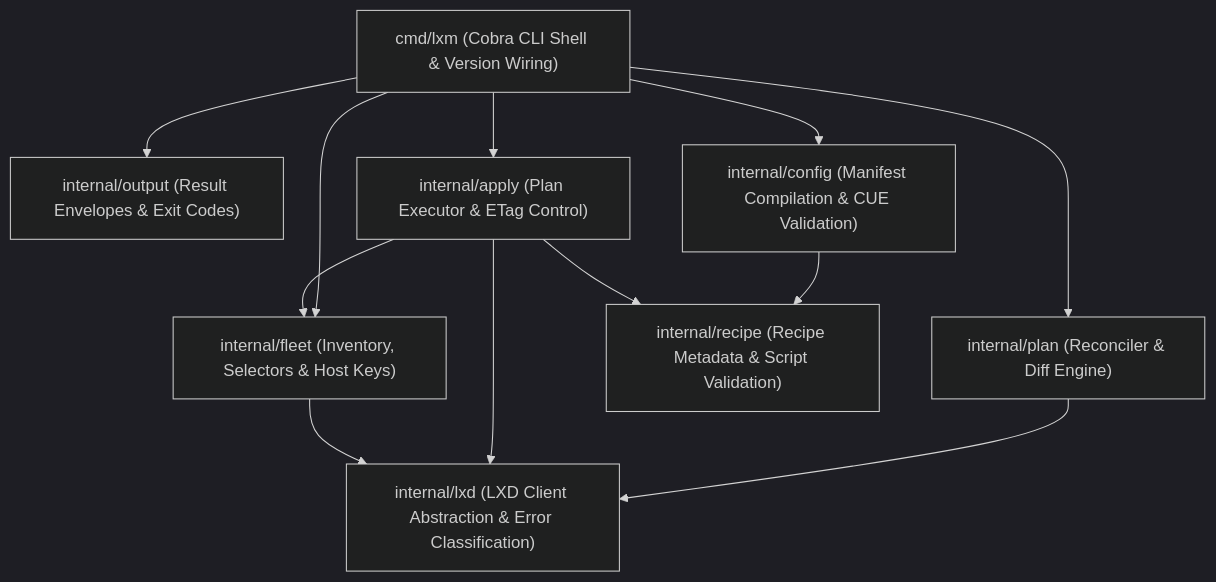
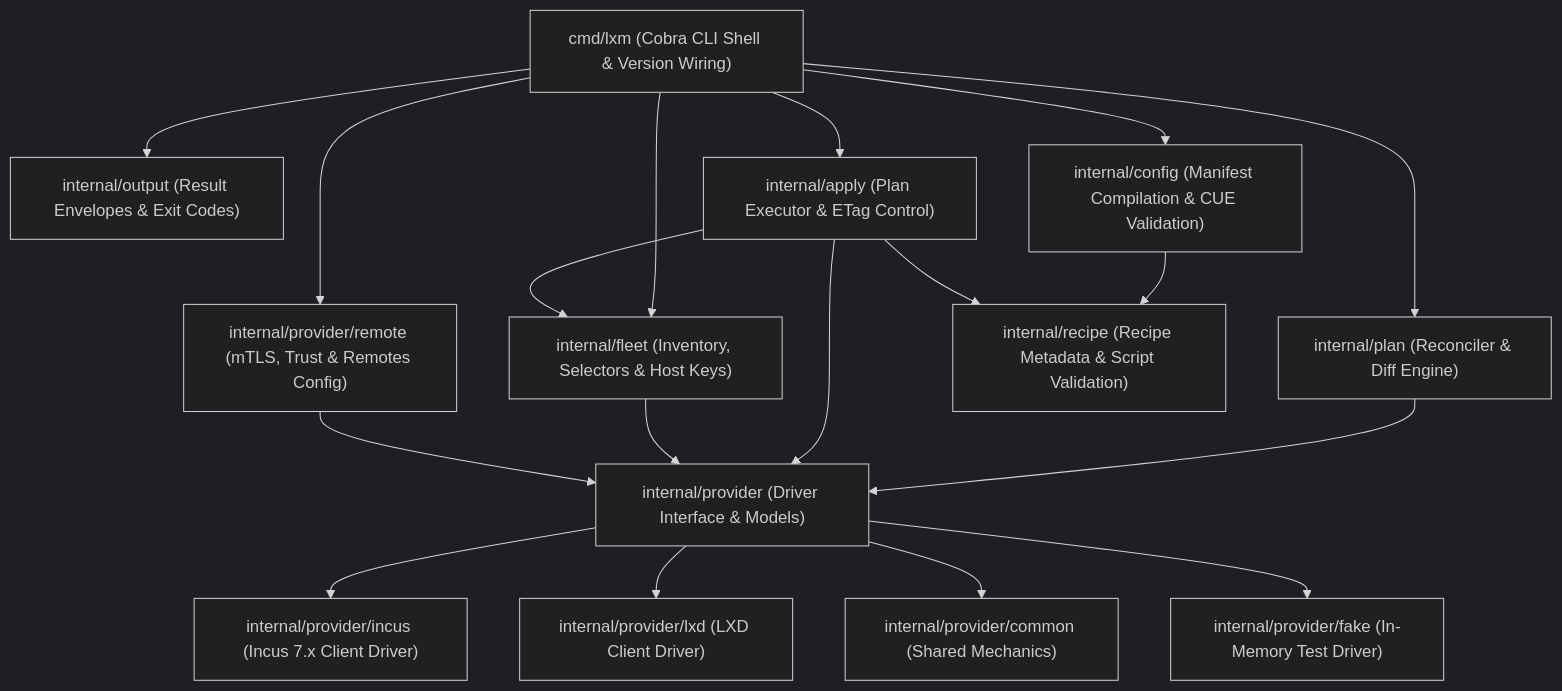
The first of 2 diagrams in ARCHITECTURE.md (aiyor/lxm), drawn with Mermaid (dark theme) before and after one commit. The commit also changed other lines of this file and 119 other files, not shown here.

First line of the commit message:
refactor: Unified Multi-Provider Architecture (Add Incus support) (#6)

````diff
--- a/ARCHITECTURE.md
+++ b/ARCHITECTURE.md
@@ -24,15 +24,21 @@
 ```mermaid
 graph TD
     CLI["cmd/lxm (Cobra CLI Shell & Version Wiring)"] --> Output["internal/output (Result Envelopes & Exit Codes)"]
     CLI --> Config["internal/config (Manifest Compilation & CUE Validation)"]
     CLI --> Fleet["internal/fleet (Inventory, Selectors & Host Keys)"]
     CLI --> Plan["internal/plan (Reconciler & Diff Engine)"]
     CLI --> Apply["internal/apply (Plan Executor & ETag Control)"]
+    CLI --> Remote["internal/provider/remote (mTLS, Trust & Remotes Config)"]
 
     Config --> Recipe["internal/recipe (Recipe Metadata & Script Validation)"]
-    Plan --> LXD["internal/lxd (LXD Client Abstraction & Error Classification)"]
-    Apply --> LXD
+    Plan --> Provider["internal/provider (Driver Interface & Models)"]
+    Apply --> Provider
     Apply --> Recipe
     Apply --> Fleet
-    Fleet --> LXD
+    Fleet --> Provider
+    Remote --> Provider
+    Provider --> Incus["internal/provider/incus (Incus 7.x Client Driver)"]
+    Provider --> LXD["internal/provider/lxd (LXD Client Driver)"]
+    Provider --> Common["internal/provider/common (Shared Mechanics)"]
+    Provider --> Fake["internal/provider/fake (In-Memory Test Driver)"]
 ```
````
